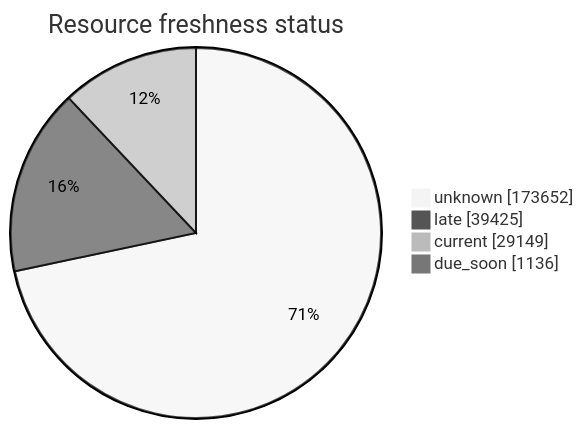
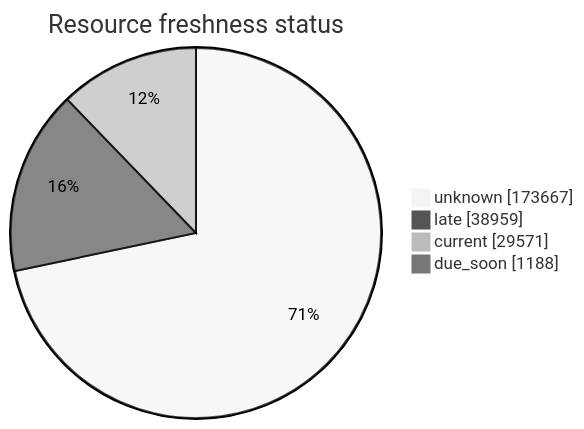
The third of 5 diagrams in FreshCheck/README.md (open-data/analytics-corporate-reporting), drawn with Mermaid (neutral theme) before and after one commit. The commit also changed other lines of this file and 3 other files, not shown here.

````diff
--- a/FreshCheck/README.md
+++ b/FreshCheck/README.md
@@ -77,7 +77,7 @@
 ```mermaid
 pie showData title Resource freshness status
-    "unknown": 173652
-    "late": 39425
-    "current": 29149
-    "due_soon": 1136
+    "unknown": 173667
+    "late": 38959
+    "current": 29571
+    "due_soon": 1188
 ```
````
